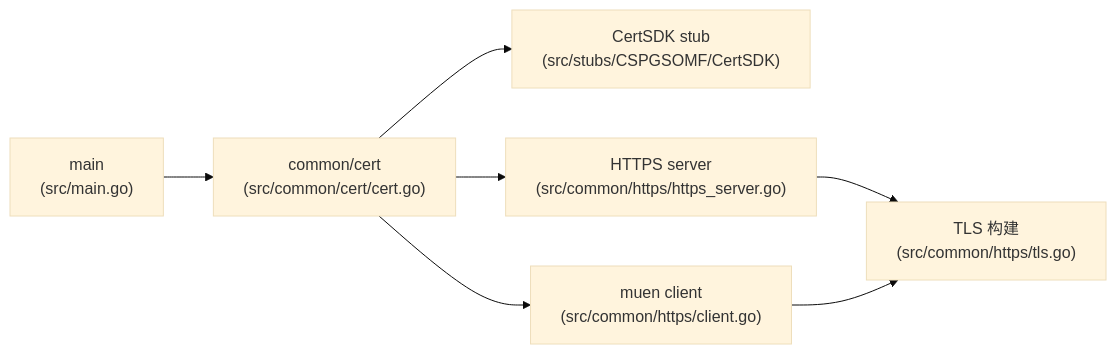
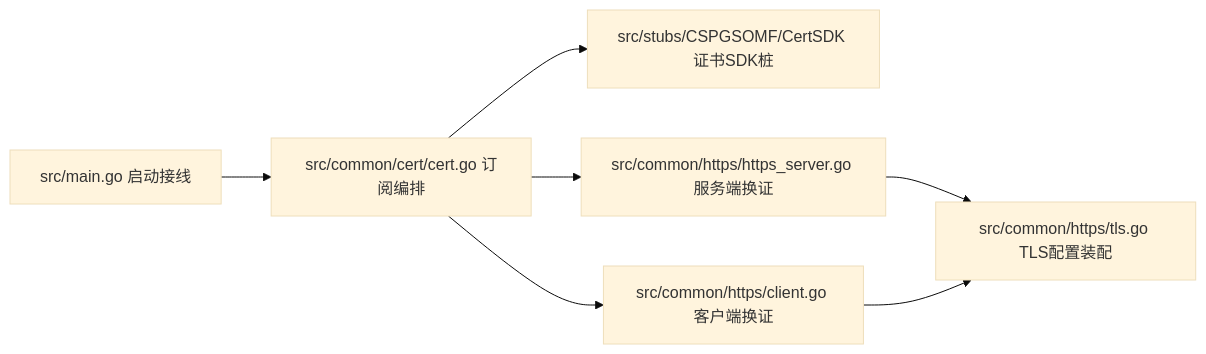
The second of 4 diagrams in docs/story/feature-cert-subscribe.md (CoreGeekASTL/AIAction), drawn with Mermaid (base theme) before and after one commit. The commit also changed other lines of this file and 6 other files, not shown here.

````diff
--- a/docs/story/feature-cert-subscribe.md
+++ b/docs/story/feature-cert-subscribe.md
@@ -63,9 +62,9 @@
 ```mermaid
 graph LR
-    main["main<br/>(src/main.go)"] --> cert["common/cert<br/>(src/common/cert/cert.go)"]
-    cert --> sdk["CertSDK stub<br/>(src/stubs/CSPGSOMF/CertSDK)"]
-    cert --> srv["HTTPS server<br/>(src/common/https/https_server.go)"]
-    cert --> cli["muen client<br/>(src/common/https/client.go)"]
-    srv --> tls["TLS 构建<br/>(src/common/https/tls.go)"]
-    cli --> tls
+  Main[src/main.go 启动接线] --> Cert[src/common/cert/cert.go 订阅编排]
+  Cert --> SDK[src/stubs/CSPGSOMF/CertSDK 证书SDK桩]
+  Cert --> HttpsSrv[src/common/https/https_server.go 服务端换证]
+  Cert --> HttpsCli[src/common/https/client.go 客户端换证]
+  HttpsSrv --> TLS[src/common/https/tls.go TLS配置装配]
+  HttpsCli --> TLS
 ```
````
